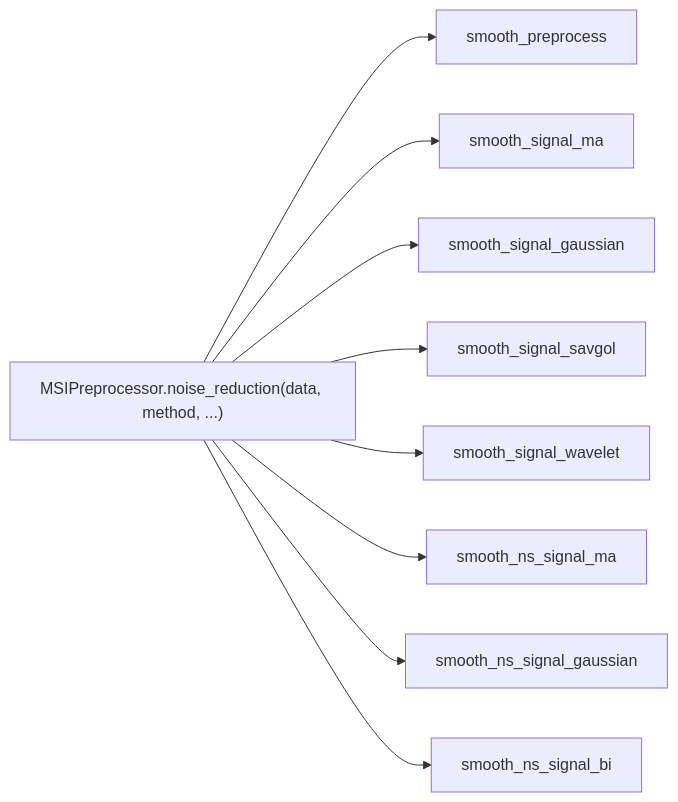
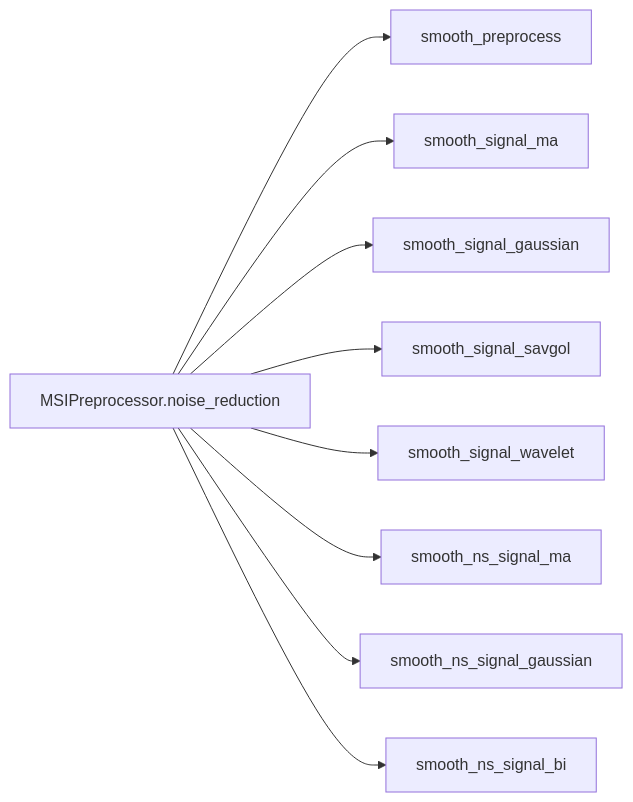
The diagram in docs/en/noise_reduction.md (NeoNexusX/MassFlow), drawn with Mermaid before and after one commit. The commit also changed other lines of this file and 4 other files, not shown here.

````diff
--- a/docs/en/noise_reduction.md
+++ b/docs/en/noise_reduction.md
@@ -19,11 +19,11 @@
 ```mermaid
 graph LR
-  A["MSIPreprocessor.noise_reduction(data, method, ...)"] --> P[smooth_preprocess]
+  A["MSIPreprocessor.noise_reduction"] --> P[smooth_preprocess]
   A --> MA[smooth_signal_ma]
   A --> G[smooth_signal_gaussian]
   A --> SG[smooth_signal_savgol]
   A --> WT[smooth_signal_wavelet]
   A --> MA_NS[smooth_ns_signal_ma]
   A --> G_NS[smooth_ns_signal_gaussian]
   A --> BI_NS[smooth_ns_signal_bi]
 ```
````
